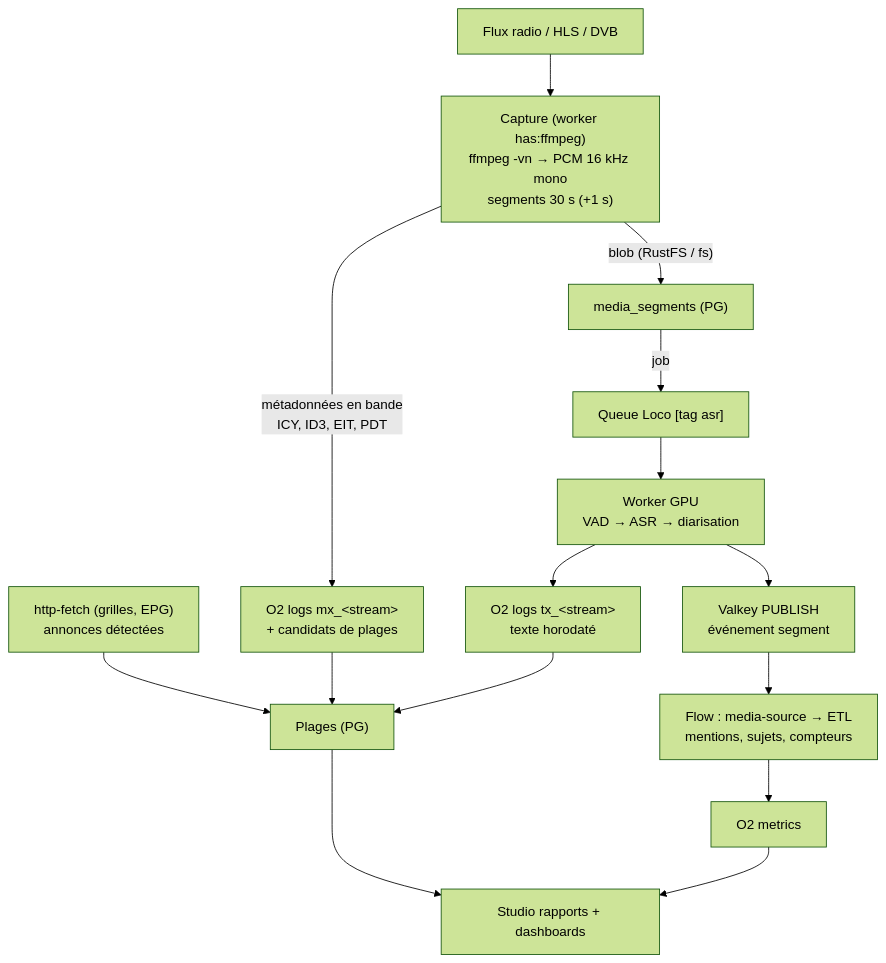
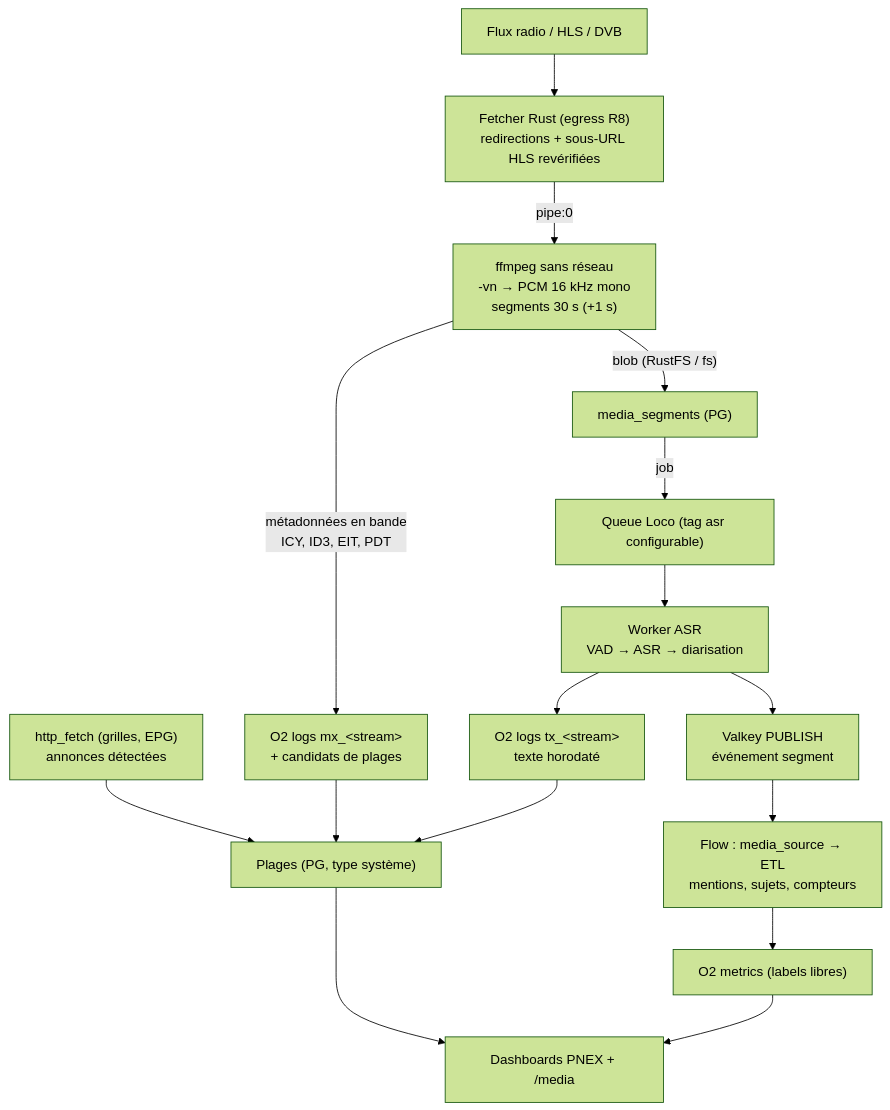
Before and after one commit to Pnex/pnex-rs: the diagram in docs/architecture/media-ingest.md, drawn with Mermaid (forest theme). The commit also changed other lines of this file and 2 other files, not shown here.

First line of the commit message:
docs(media): validate media ingest PRD against code (D159–D175)

````diff
--- a/docs/architecture/media-ingest.md
+++ b/docs/architecture/media-ingest.md
@@ -74,17 +91,18 @@
 ```mermaid
 flowchart TB
-  SRC["Flux radio / HLS / DVB"] --> CAP["Capture (worker has:ffmpeg)<br/>ffmpeg -vn → PCM 16 kHz mono<br/>segments 30 s (+1 s)"]
+  SRC["Flux radio / HLS / DVB"] --> FET["Fetcher Rust (egress R8)<br/>redirections + sous-URL HLS revérifiées"]
+  FET -->|"pipe:0"| CAP["ffmpeg sans réseau<br/>-vn → PCM 16 kHz mono<br/>segments 30 s (+1 s)"]
   CAP -->|"blob (RustFS / fs)"| SEG["media_segments (PG)"]
   CAP -->|"métadonnées en bande<br/>ICY, ID3, EIT, PDT"| MX["O2 logs mx_&lt;stream&gt;<br/>+ candidats de plages"]
-  SEG -->|job| Q["Queue Loco [tag asr]"]
-  Q --> ASR["Worker GPU<br/>VAD → ASR → diarisation"]
+  SEG -->|job| Q["Queue Loco (tag asr configurable)"]
+  Q --> ASR["Worker ASR<br/>VAD → ASR → diarisation"]
   ASR --> TX["O2 logs tx_&lt;stream&gt;<br/>texte horodaté"]
   ASR --> PUB["Valkey PUBLISH<br/>événement segment"]
-  PUB --> FLOW["Flow : media-source → ETL<br/>mentions, sujets, compteurs"]
-  FLOW --> MET["O2 metrics"]
-  FETCH["http-fetch (grilles, EPG)<br/>annonces détectées"] --> RANGES["Plages (PG)"]
+  PUB --> FLOW["Flow : media_source → ETL<br/>mentions, sujets, compteurs"]
+  FLOW --> MET["O2 metrics (labels libres)"]
+  FETCH["http_fetch (grilles, EPG)<br/>annonces détectées"] --> RANGES["Plages (PG, type système)"]
   MX --> RANGES
   TX --> RANGES
-  RANGES --> STUDIO["Studio rapports + dashboards"]
-  MET --> STUDIO
+  RANGES --> DASH["Dashboards PNEX + /media"]
+  MET --> DASH
 ```
````
